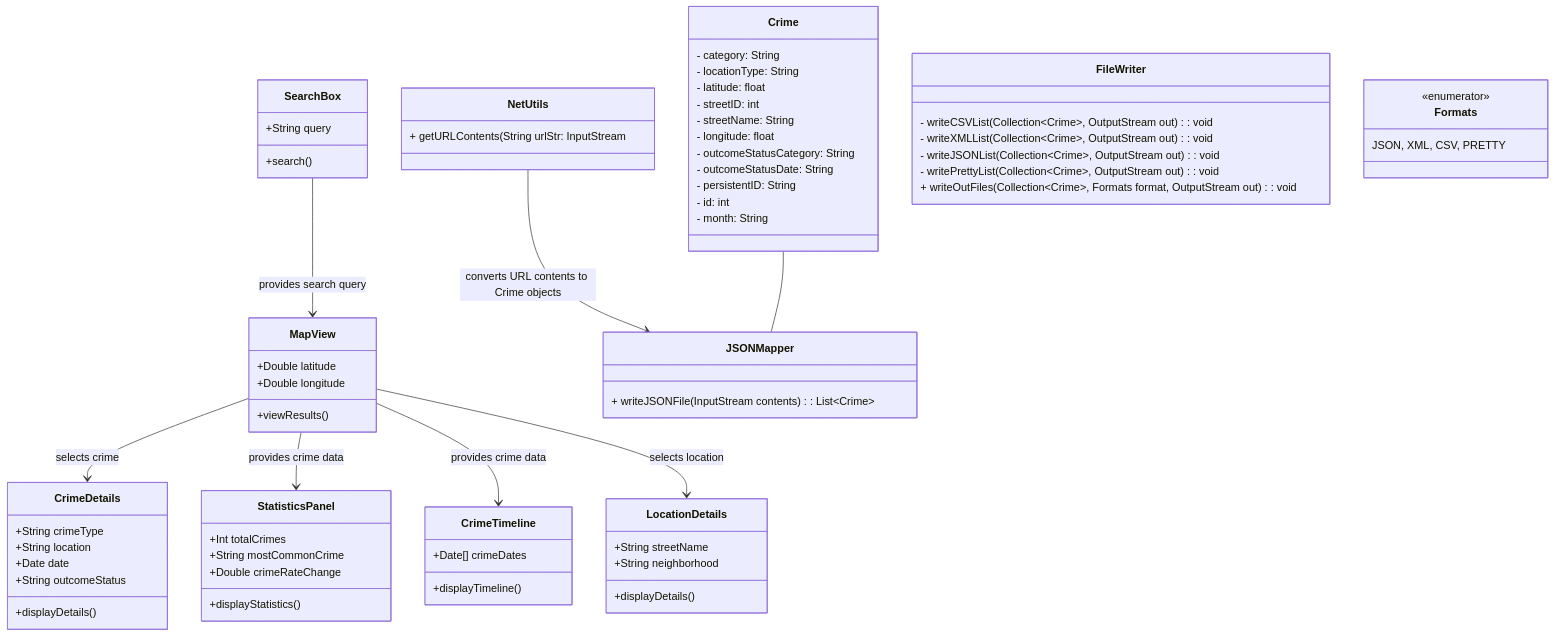
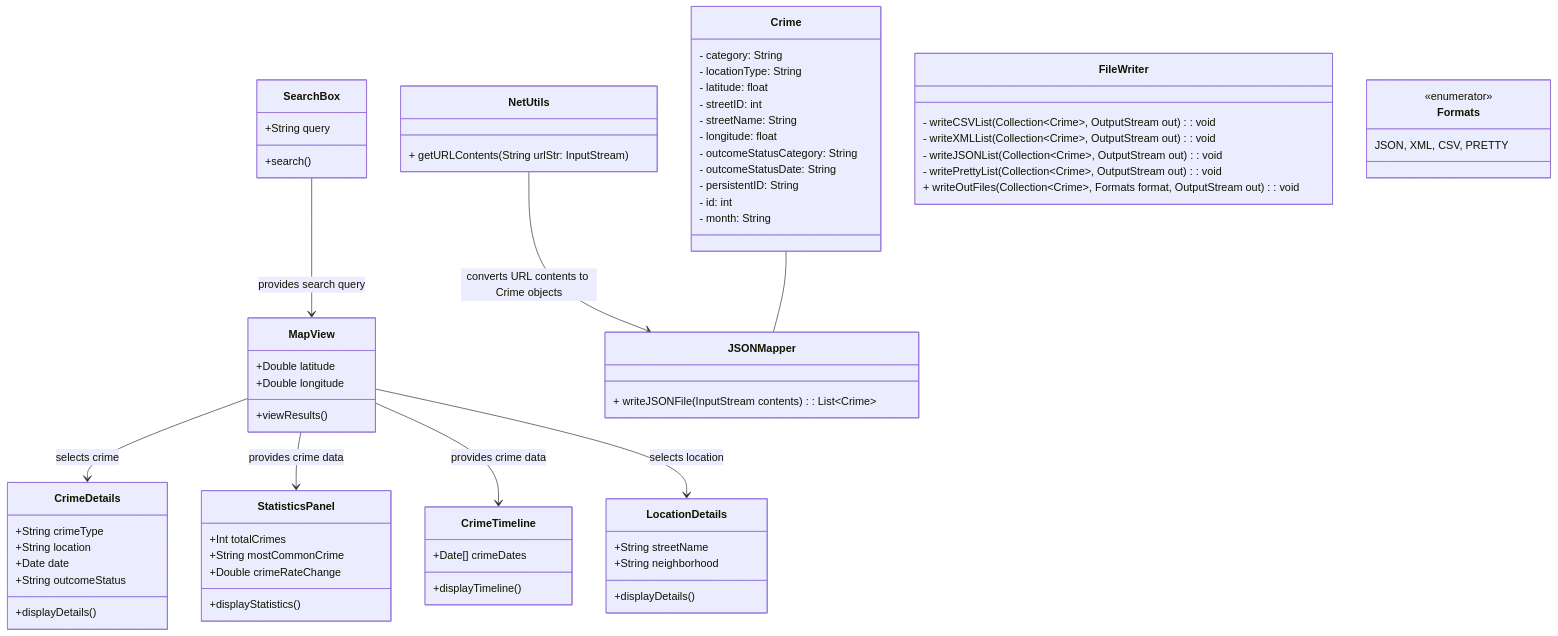
The diagram in DesignDocuments/README.md (wbeeker/UK-Crime-Data), drawn with Mermaid before and after one commit.

````diff
--- a/DesignDocuments/README.md
+++ b/DesignDocuments/README.md
@@ -27,72 +27,72 @@
 ```mermaid
 classDiagram
     class SearchBox {
         +String query
         +search()
     }
     class MapView {
         +Double latitude
         +Double longitude
         +viewResults()
     }
     class CrimeDetails {
         +String crimeType
         +String location
         +Date date
         +String outcomeStatus
         +displayDetails()
     }
     class StatisticsPanel {
         +Int totalCrimes
         +String mostCommonCrime
         +Double crimeRateChange
         +displayStatistics()
     }
     class CrimeTimeline {
         +Date[] crimeDates
         +displayTimeline()
     }
     class LocationDetails {
         +String streetName
         +String neighborhood
         +displayDetails()
     }
     class NetUtils {
-        + getURLContents(String urlStr: InputStream
+        + getURLContents(String urlStr: InputStream)
     }
     class Crime {
         - category: String
         - locationType: String
         - latitude: float
         - streetID: int
         - streetName: String
         - longitude: float
         - outcomeStatusCategory: String
         - outcomeStatusDate: String
         - persistentID: String
         - id: int
         - month: String
     }
     class JSONMapper {
         + writeJSONFile(InputStream contents): List~Crime~
     }
     class FileWriter {
         - writeCSVList(Collection~Crime~, OutputStream out): void
         - writeXMLList(Collection~Crime~, OutputStream out): void
         - writeJSONList(Collection~Crime~, OutputStream out): void
         - writePrettyList(Collection~Crime~, OutputStream out): void
         + writeOutFiles(Collection~Crime~, Formats format, OutputStream out): void
     }
     class Formats {
     <<enumerator>>
     JSON, XML, CSV, PRETTY
     }
     SearchBox --> MapView : provides search query
     MapView --> CrimeDetails : selects crime
     MapView --> StatisticsPanel : provides crime data
     MapView --> CrimeTimeline : provides crime data
     MapView --> LocationDetails : selects location
     NetUtils --> JSONMapper : converts URL contents to Crime objects
     Crime -- JSONMapper 
 
 ```
````
